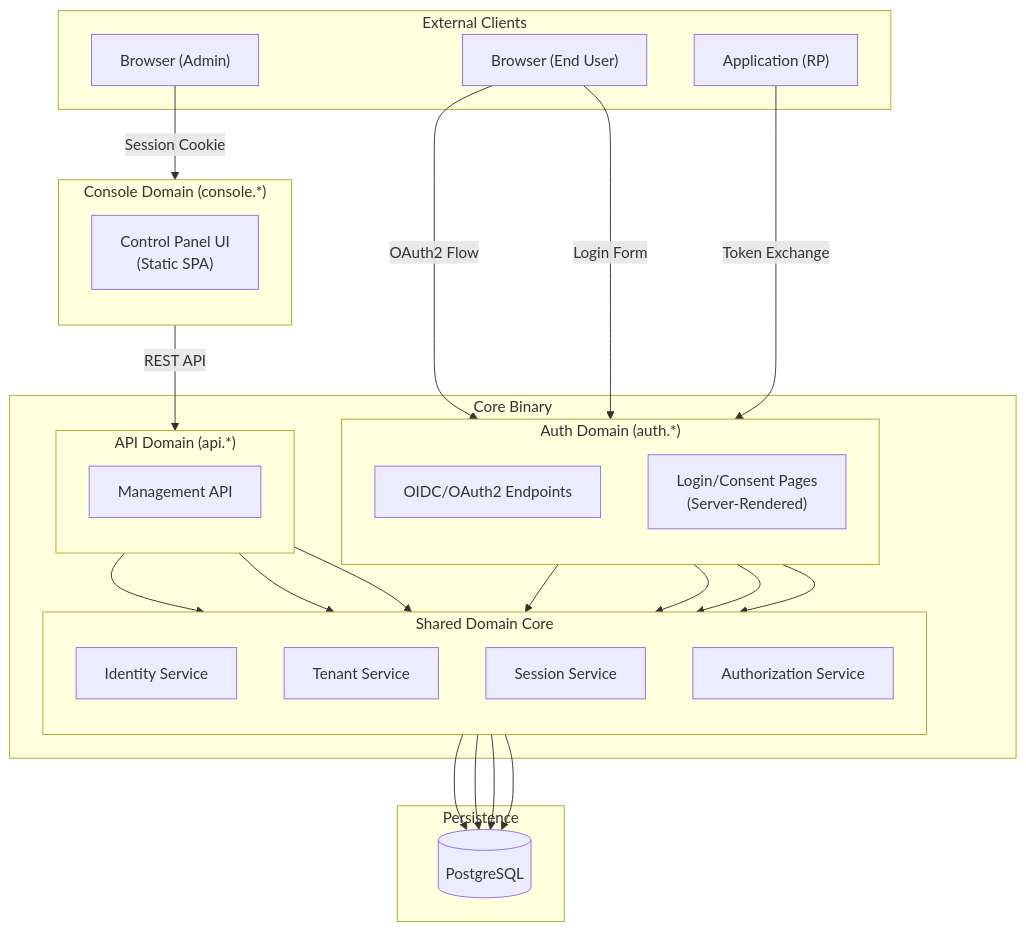
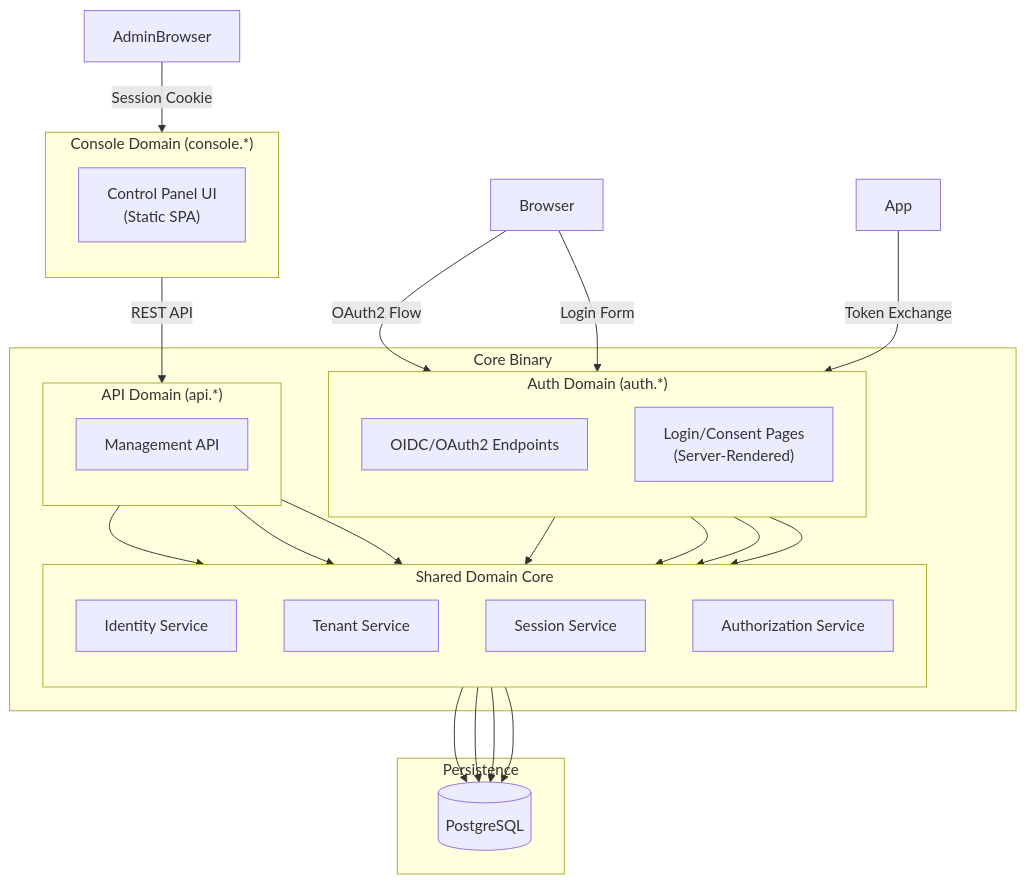
Before and after one commit to opentrusty/opentrusty: the first of 4 diagrams in docs/architecture/system-topology.md, drawn with Mermaid. The commit also changed 30 other files, not shown here.

````diff
--- a/docs/architecture/system-topology.md
+++ b/docs/architecture/system-topology.md
@@ -9,59 +9,54 @@
 ```mermaid
 graph TB
-    subgraph "External Clients"
-        Browser["Browser (End User)"]
-        AdminBrowser["Browser (Admin)"]
-        App["Application (RP)"]
-    end
 
     subgraph "Console Domain (console.*)"
         direction TB
         UI["Control Panel UI<br/>(Static SPA)"]
     end
 
     subgraph "Core Binary"
         subgraph "Auth Domain (auth.*)"
             direction TB
             AuthEndpoints["OIDC/OAuth2 Endpoints"]
             LoginPages["Login/Consent Pages<br/>(Server-Rendered)"]
         end
 
         subgraph "API Domain (api.*)"
             direction TB
             AdminAPI["Management API"]
         end
 
         subgraph "Shared Domain Core"
             direction TB
             Identity["Identity Service"]
             Tenant["Tenant Service"]
             Session["Session Service"]
             RBAC["Authorization Service"]
         end
     end
 
     subgraph "Persistence"
         DB[(PostgreSQL)]
     end
 
     Browser -->|"OAuth2 Flow"| AuthEndpoints
     Browser -->|"Login Form"| LoginPages
     App -->|"Token Exchange"| AuthEndpoints
 
     AdminBrowser -->|"Session Cookie"| UI
     UI -->|"REST API"| AdminAPI
 
     AuthEndpoints --> Identity
     AuthEndpoints --> Session
     LoginPages --> Identity
     LoginPages --> Session
 
     AdminAPI --> Identity
     AdminAPI --> Tenant
     AdminAPI --> RBAC
 
     Identity --> DB
     Tenant --> DB
     Session --> DB
     RBAC --> DB
 ```
````
